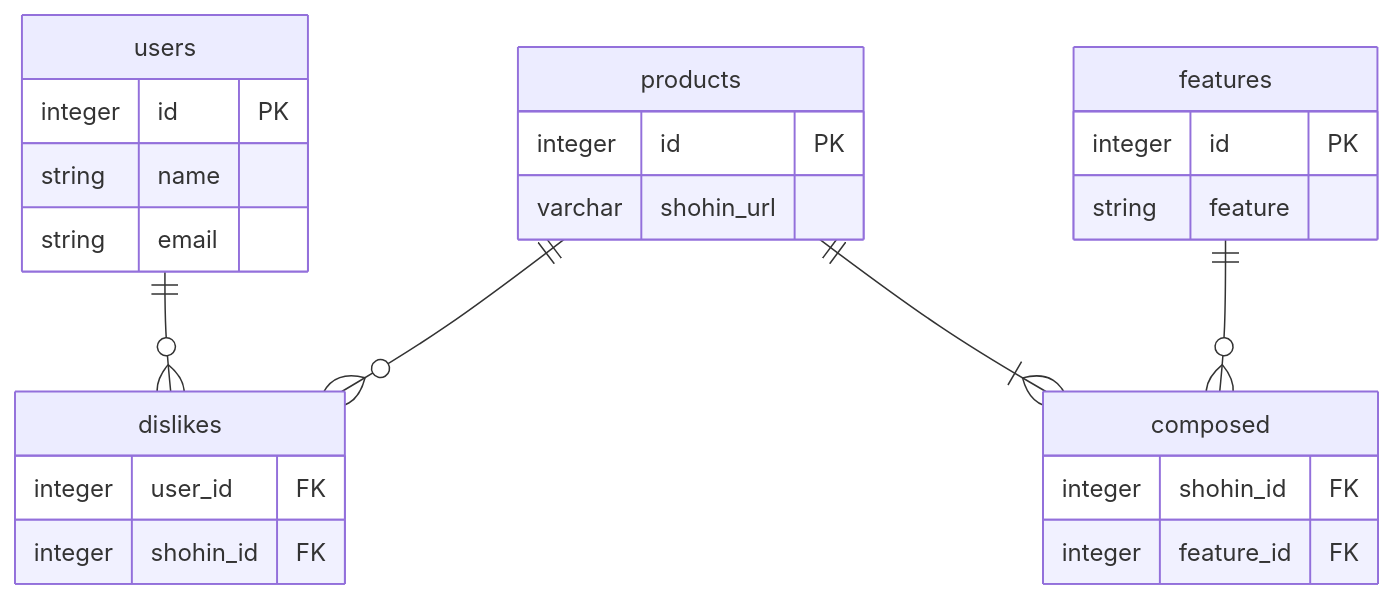
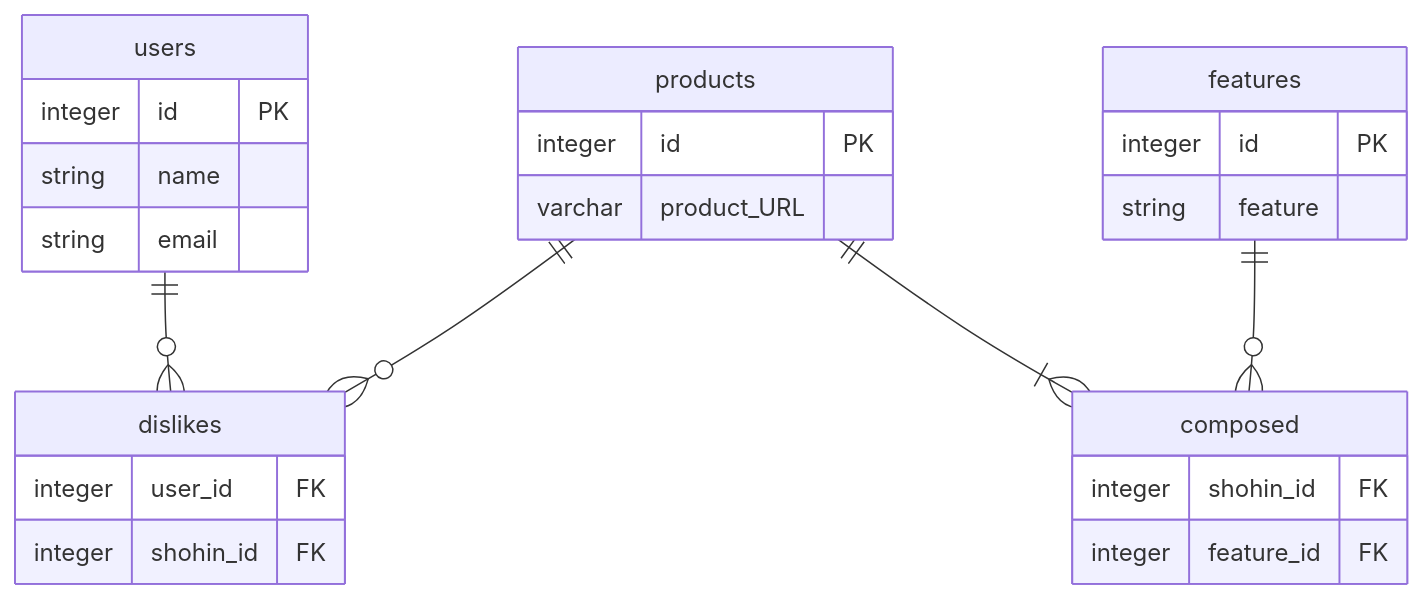
One commit to bellmmm/original_rails_app changed the diagram in README.md. Above: the diagram before and after it, drawn with Mermaid.

Commit message:
[doc] update README -ER diagram attribute name

````diff
--- a/README.md
+++ b/README.md
@@ -83,34 +83,34 @@
 ```mermaid
 erDiagram
 
 users ||--o{ dislikes: ""
 products ||--o{ dislikes:""
 products ||--|{ composed:""
 features ||--o{ composed:""
 
 users {
   integer id PK
   string name
   string email
 }
 
 dislikes {
   integer user_id FK
   integer shohin_id FK
 }
 
 products {
   integer id PK
-  varchar shohin_url 
+  varchar product_URL 
 }
 
 composed {
   integer shohin_id FK
   integer feature_id FK
 }
 
 features {
   integer id PK
   string feature
 }
 ```
````
